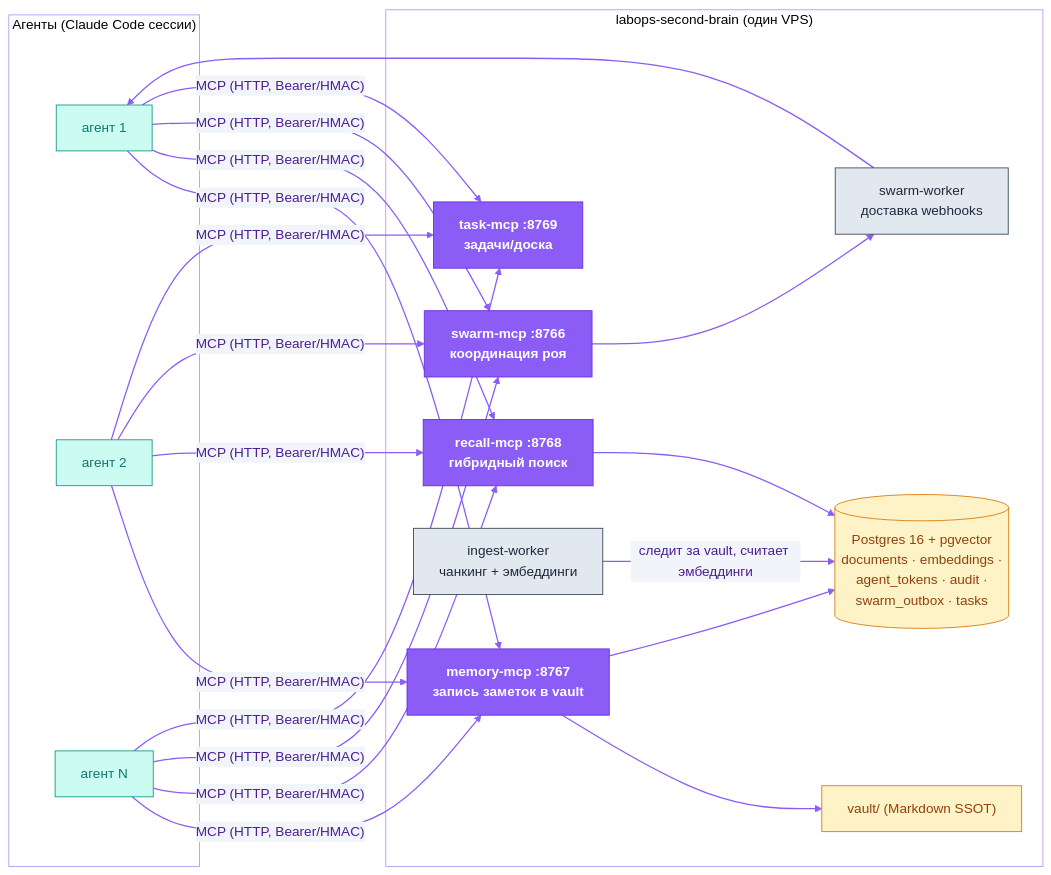
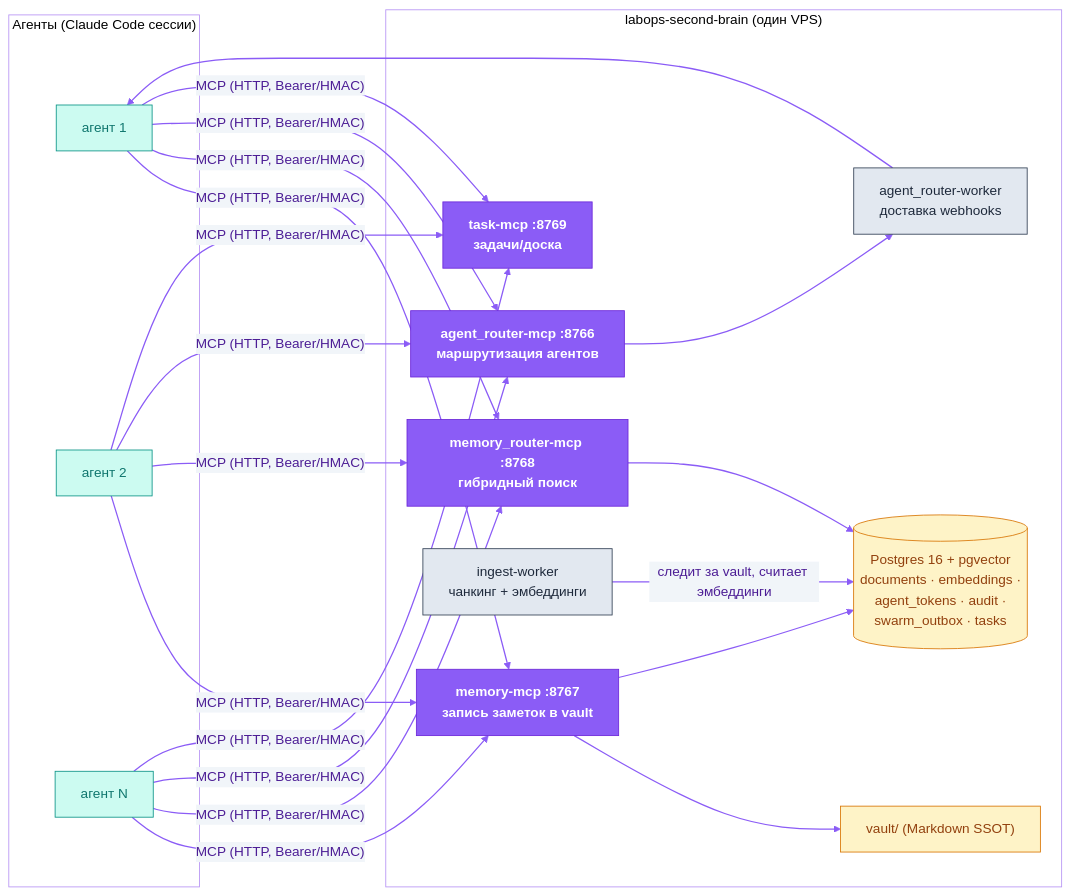
The second of 2 diagrams in README.ru.md (dediukhinpa/labops-second-brain), drawn with Mermaid before and after one commit. The commit also changed other lines of this file and 49 other files, not shown here.

First line of the commit message:
Переименовать MCP-серверы: recall → memory_router, swarm → agent_router

````diff
--- a/README.ru.md
+++ b/README.ru.md
@@ -142,34 +142,34 @@
 ```mermaid
 %%{init: {'theme':'base','themeVariables':{'primaryColor':'#EDE9FE','primaryTextColor':'#4C1D95','primaryBorderColor':'#8B5CF6','lineColor':'#8B5CF6','secondaryColor':'#F1F5F9','tertiaryColor':'#ffffff','clusterBkg':'transparent','clusterBorder':'#B794F4','fontFamily':'Helvetica,Arial,sans-serif'}}}%%
 flowchart LR
     subgraph agents["Агенты (Claude Code сессии)"]
         A1["агент 1"]; A2["агент 2"]; A3["агент N"]
     end
 
     subgraph brain["labops-second-brain (один VPS)"]
         MEM["memory-mcp :8767<br/>запись заметок в vault"]
-        REC["recall-mcp :8768<br/>гибридный поиск"]
-        SW["swarm-mcp :8766<br/>координация роя"]
+        REC["memory_router-mcp :8768<br/>гибридный поиск"]
+        SW["agent_router-mcp :8766<br/>маршрутизация агентов"]
         TASK["task-mcp :8769<br/>задачи/доска"]
         IW["ingest-worker<br/>чанкинг + эмбеддинги"]
-        SWW["swarm-worker<br/>доставка webhooks"]
+        SWW["agent_router-worker<br/>доставка webhooks"]
         PG[("Postgres 16 + pgvector<br/>documents · embeddings ·<br/>agent_tokens · audit ·<br/>swarm_outbox · tasks")]
         VAULT["vault/ (Markdown SSOT)"]
     end
 
     A1 & A2 & A3 -- "MCP (HTTP, Bearer/HMAC)" --> MEM & REC & SW & TASK
     MEM --> VAULT
     MEM --> PG
     IW -- "следит за vault, считает эмбеддинги" --> PG
     REC --> PG
     SW --> SWW --> A1
     classDef brand fill:#8B5CF6,stroke:#6D28D9,color:#ffffff,font-weight:bold
     classDef ext fill:#CCFBF1,stroke:#0D9488,color:#0F766E
     classDef store fill:#FEF3C7,stroke:#D97706,color:#92400E
     classDef sys fill:#E2E8F0,stroke:#334155,color:#1E293B
     linkStyle default stroke:#8B5CF6,stroke-width:1.5px
     class MEM,REC,SW,TASK brand
     class A1,A2,A3 ext
     class PG,VAULT store
     class IW,SWW sys
 ```
````
